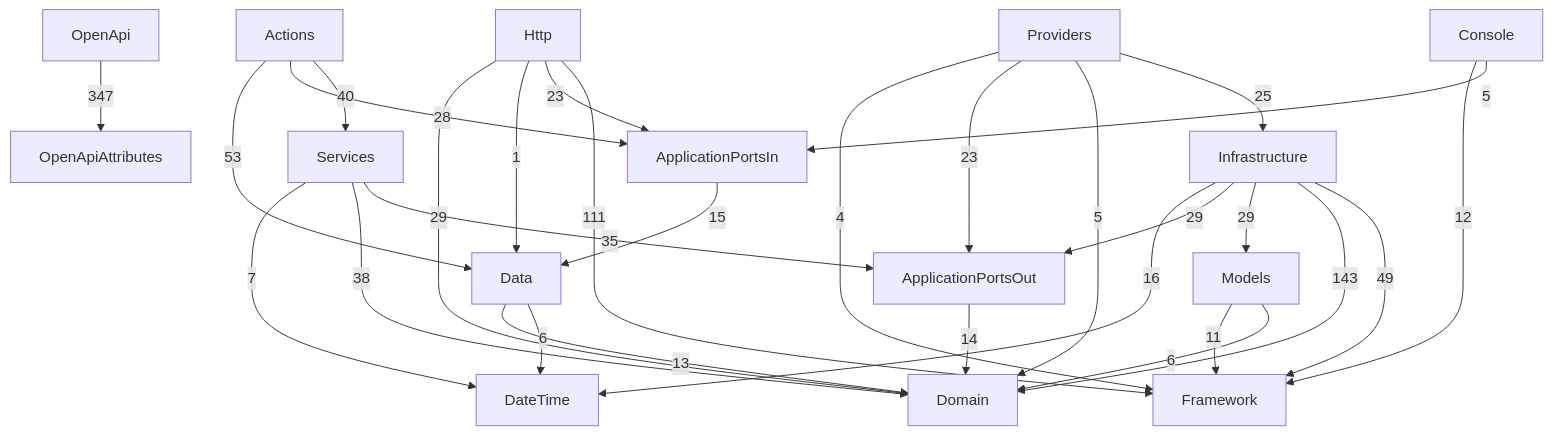
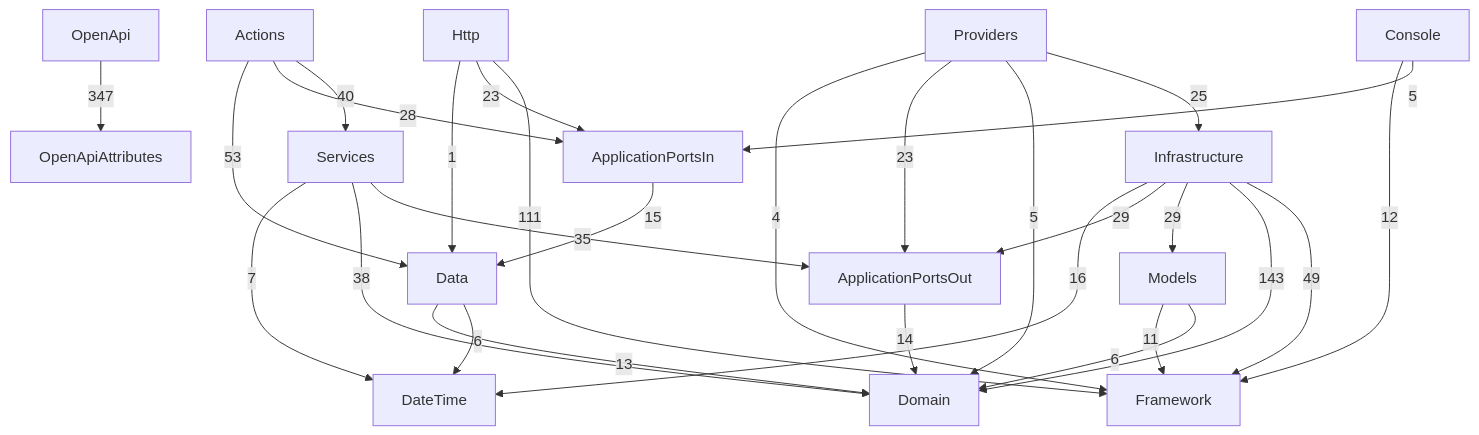
One commit to igtrou/mod1-desafio-test changed the diagram in docs/diagrams/deptrac-layers.mmd. Above: the diagram before and after it, drawn with Mermaid. The commit also changed 64 other files, not shown here.

```diff
--- a/docs/diagrams/deptrac-layers.mmd
+++ b/docs/diagrams/deptrac-layers.mmd
@@ -1,29 +1,28 @@
 flowchart TD;
     Actions -->|40| Services;
     Actions -->|28| ApplicationPortsIn;
     Actions -->|53| Data;
     ApplicationPortsIn -->|15| Data;
     ApplicationPortsOut -->|14| Domain;
     Console -->|5| ApplicationPortsIn;
     Console -->|12| Framework;
     Data -->|6| DateTime;
     Data -->|13| Domain;
     Http -->|111| Framework;
     Http -->|23| ApplicationPortsIn;
     Http -->|1| Data;
-    Http -->|29| Domain;
     Infrastructure -->|49| Framework;
     Infrastructure -->|143| Domain;
     Infrastructure -->|29| Models;
     Infrastructure -->|29| ApplicationPortsOut;
     Infrastructure -->|16| DateTime;
     Models -->|6| Domain;
     Models -->|11| Framework;
     OpenApi -->|347| OpenApiAttributes;
     Providers -->|25| Infrastructure;
     Providers -->|5| Domain;
     Providers -->|23| ApplicationPortsOut;
     Providers -->|4| Framework;
     Services -->|35| ApplicationPortsOut;
     Services -->|38| Domain;
     Services -->|7| DateTime;
```
